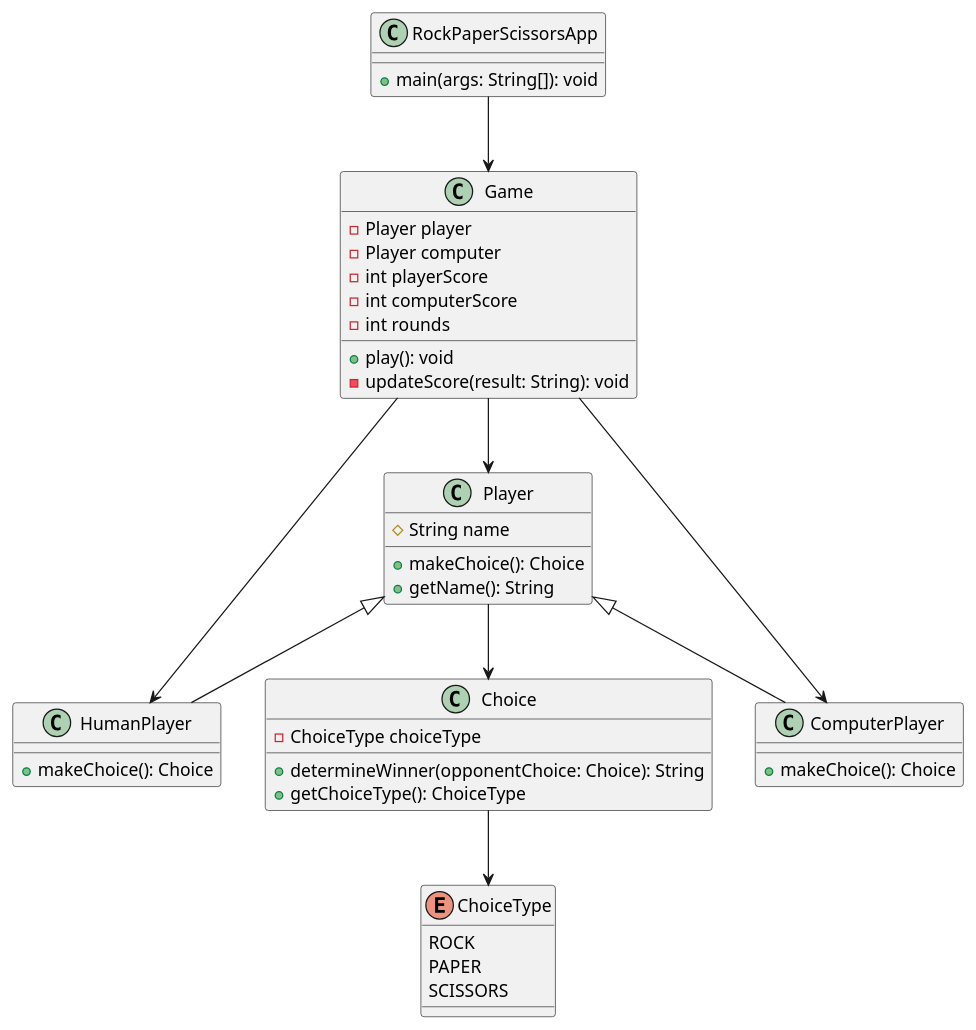
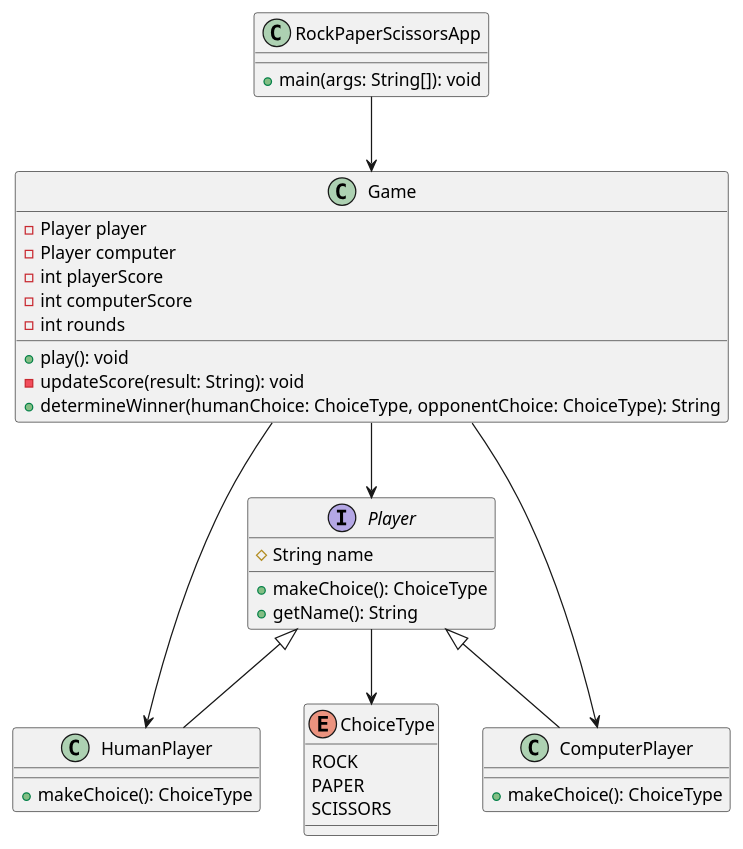
The diagram in ClassUML.puml (StudentsOnly/java-Rock-Paper-Scissors-game-project-team1), drawn with PlantUML before and after one commit. The commit also changed 4 other files, not shown here.

```diff
--- a/ClassUML.puml
+++ b/ClassUML.puml
@@ -1,52 +1,47 @@
 @startuml
 
 class RockPaperScissorsApp {
     +main(args: String[]): void
 }
 
 class Game {
     -Player player
     -Player computer
     -int playerScore
     -int computerScore
     -int rounds
     +play(): void
     -updateScore(result: String): void
+    +determineWinner(humanChoice: ChoiceType, opponentChoice: ChoiceType): String
 }
 
-class Player {
+interface Player {
     #String name
-    +makeChoice(): Choice
+    +makeChoice(): ChoiceType
     +getName(): String
 }
 
 class HumanPlayer {
-    +makeChoice(): Choice
+    +makeChoice(): ChoiceType
 }
 
 class ComputerPlayer {
-    +makeChoice(): Choice
-}
-
-class Choice {
-    -ChoiceType choiceType
-    +determineWinner(opponentChoice: Choice): String
-    +getChoiceType(): ChoiceType
+    +makeChoice(): ChoiceType
 }
 
 enum ChoiceType {
     ROCK
     PAPER
     SCISSORS
 }
 
 RockPaperScissorsApp --> Game
 Game --> Player
 Game --> HumanPlayer
 Game --> ComputerPlayer
 Player <|-- HumanPlayer
 Player <|-- ComputerPlayer
-Player --> Choice
-Choice --> ChoiceType
+Player --> ChoiceType
+
 
 @enduml
```
